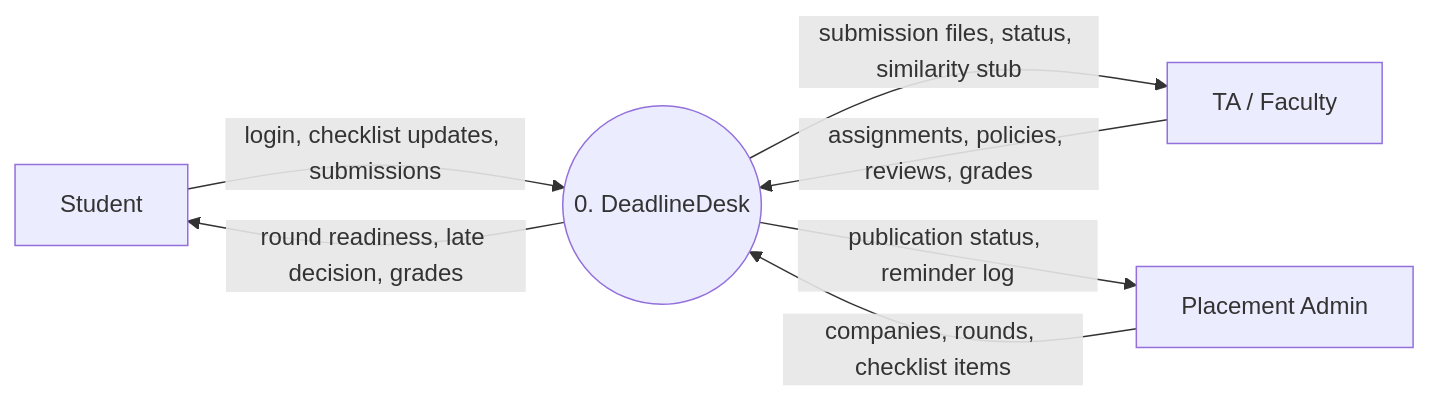
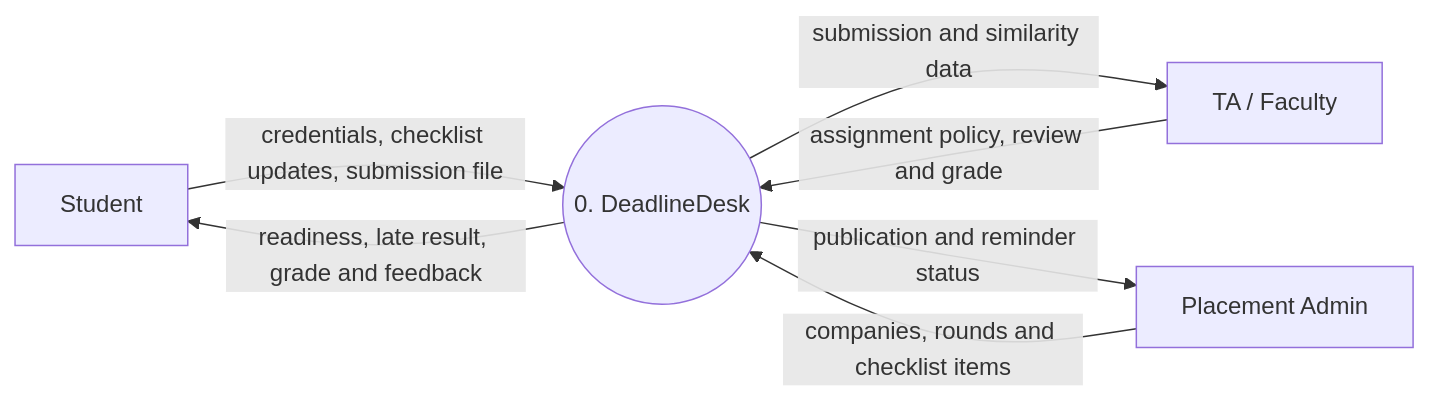
One commit to aryanorastar/ucs503p-202627-deadlinedesk changed the diagram in docs/submission/04-data-flow-diagrams/dfd-level-0.mmd. Above: the diagram before and after it, drawn with Mermaid. The commit also changed 17 other files, not shown here.

Commit message:
Polish Week 7 diagrams and record browser QA

```diff
--- a/docs/submission/04-data-flow-diagrams/dfd-level-0.mmd
+++ b/docs/submission/04-data-flow-diagrams/dfd-level-0.mmd
@@ -1,12 +1,12 @@
 flowchart LR
     S[Student]
+    DD((0. DeadlineDesk))
     T[TA / Faculty]
     P[Placement Admin]
-    DD((0. DeadlineDesk))
 
-    S -->|login, checklist updates, submissions| DD
-    DD -->|round readiness, late decision, grades| S
-    T -->|assignments, policies, reviews, grades| DD
-    DD -->|submission files, status, similarity stub| T
-    P -->|companies, rounds, checklist items| DD
-    DD -->|publication status, reminder log| P
+    S -->|credentials, checklist updates, submission file| DD
+    DD -->|readiness, late result, grade and feedback| S
+    T -->|assignment policy, review and grade| DD
+    DD -->|submission and similarity data| T
+    P -->|companies, rounds and checklist items| DD
+    DD -->|publication and reminder status| P
```
